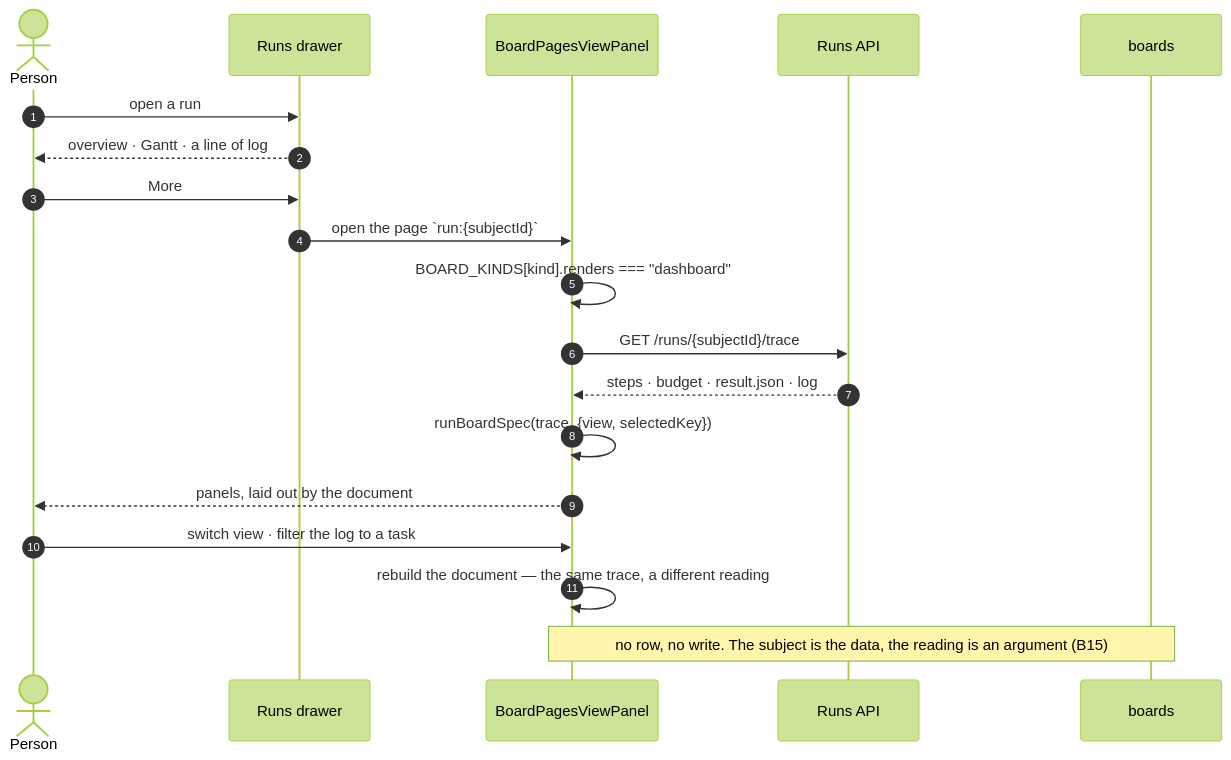
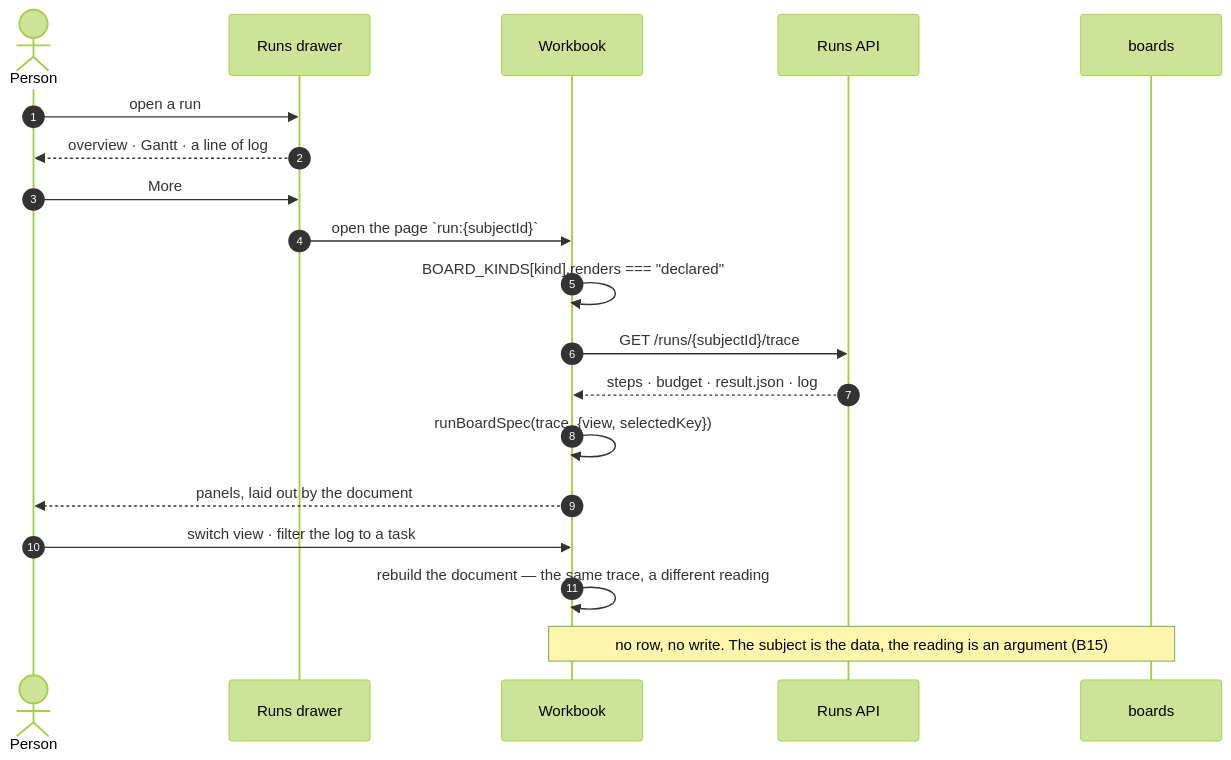
The fifth of 8 diagrams in docs/for-developers/building-engine/boards-migration.md (invana/invana), drawn with Mermaid (forest theme) before and after one commit. The commit also changed other lines of this file and 130 other files, not shown here.

First line of the commit message:
refactor: there is no dashboard — every surface is a board

````diff
--- a/docs/for-developers/building-engine/boards-migration.md
+++ b/docs/for-developers/building-engine/boards-migration.md
@@ -446,22 +446,22 @@
 ```mermaid
 sequenceDiagram
     autonumber
     actor U as Person
     participant DR as Runs drawer
-    participant PG as BoardPagesViewPanel
+    participant PG as Workbook
     participant RT as Runs API
     participant DB as boards
 
     U->>DR: open a run
     DR-->>U: overview · Gantt · a line of log
     U->>DR: More
     DR->>PG: open the page `run:{subjectId}`
-    PG->>PG: BOARD_KINDS[kind].renders === "dashboard"
+    PG->>PG: BOARD_KINDS[kind].renders === "declared"
     PG->>RT: GET /runs/{subjectId}/trace
     RT-->>PG: steps · budget · result.json · log
     PG->>PG: runBoardSpec(trace, {view, selectedKey})
     PG-->>U: panels, laid out by the document
     U->>PG: switch view · filter the log to a task
     PG->>PG: rebuild the document — the same trace, a different reading
     Note over PG,DB: no row, no write. The subject is the data, the reading is an argument (B15)
 ```
````
